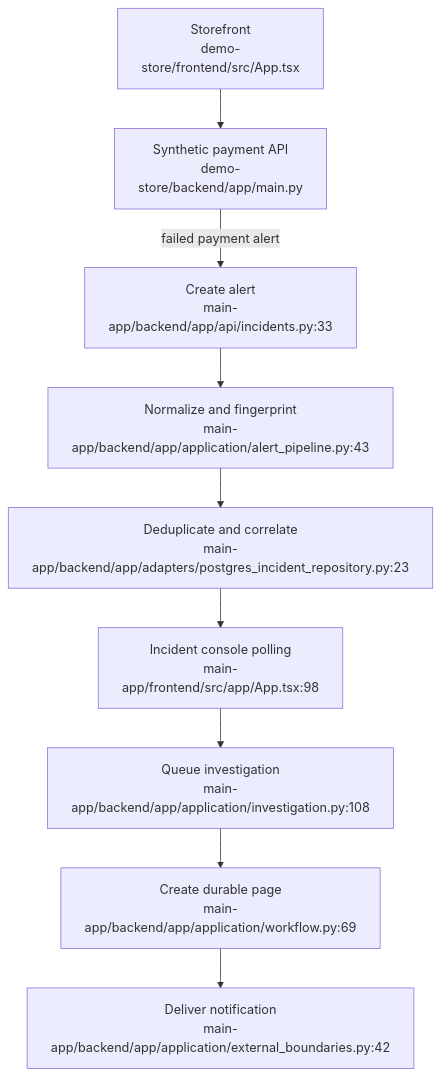
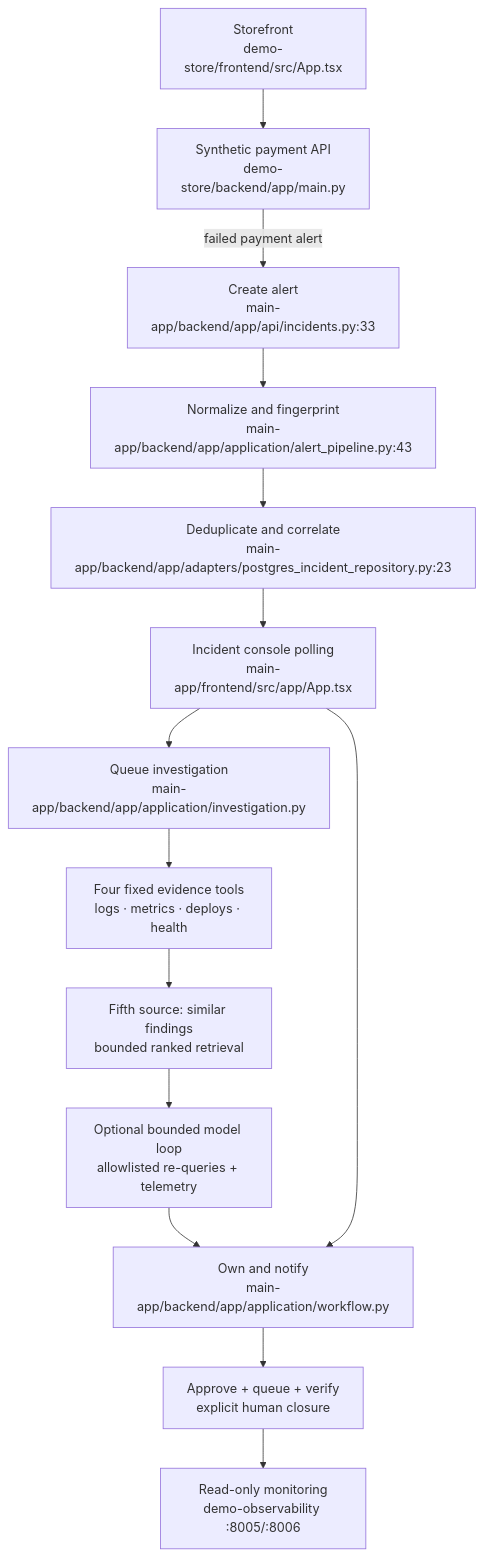
The diagram in PATHFINDER-2026-10-24/01-flowcharts/demo-commerce.md (safayavatsal/hero-vired-assignment), drawn with Mermaid before and after one commit. The commit also changed other lines of this file and 21 other files, not shown here.

Commit message:
docs: refresh architecture records

````diff
--- a/PATHFINDER-2026-10-24/01-flowcharts/demo-commerce.md
+++ b/PATHFINDER-2026-10-24/01-flowcharts/demo-commerce.md
@@ -3,17 +3,22 @@
 ```mermaid
 flowchart TD
     Store["Storefront<br/>demo-store/frontend/src/App.tsx"]
     Checkout["Synthetic payment API<br/>demo-store/backend/app/main.py"]
     Alert["Create alert<br/>main-app/backend/app/api/incidents.py:33"]
     Normalize["Normalize and fingerprint<br/>main-app/backend/app/application/alert_pipeline.py:43"]
     Persist["Deduplicate and correlate<br/>main-app/backend/app/adapters/postgres_incident_repository.py:23"]
-    Console["Incident console polling<br/>main-app/frontend/src/app/App.tsx:98"]
-    Investigate["Queue investigation<br/>main-app/backend/app/application/investigation.py:108"]
-    Page["Create durable page<br/>main-app/backend/app/application/workflow.py:69"]
-    Notify["Deliver notification<br/>main-app/backend/app/application/external_boundaries.py:42"]
+    Console["Incident console polling<br/>main-app/frontend/src/app/App.tsx"]
+    Investigate["Queue investigation<br/>main-app/backend/app/application/investigation.py"]
+    Fanout["Four fixed evidence tools<br/>logs · metrics · deploys · health"]
+    Similar["Fifth source: similar findings<br/>bounded ranked retrieval"]
+    Model["Optional bounded model loop<br/>allowlisted re-queries + telemetry"]
+    Page["Own and notify<br/>main-app/backend/app/application/workflow.py"]
+    Remediate["Approve + queue + verify<br/>explicit human closure"]
+    Monitor["Read-only monitoring<br/>demo-observability :8005/:8006"]
 
     Store --> Checkout
     Checkout -->|"failed payment alert"| Alert
     Alert --> Normalize --> Persist --> Console
-    Console --> Investigate --> Page --> Notify
+    Console --> Investigate --> Fanout --> Similar --> Model --> Page --> Remediate --> Monitor
+    Console --> Page
 ```
````
